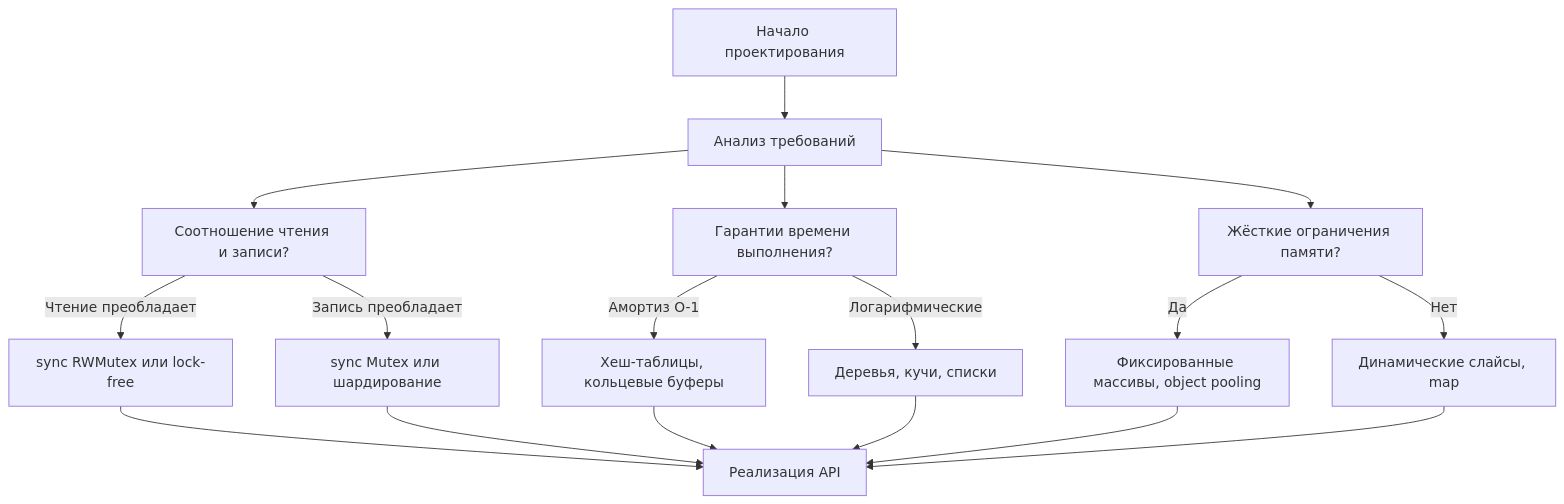
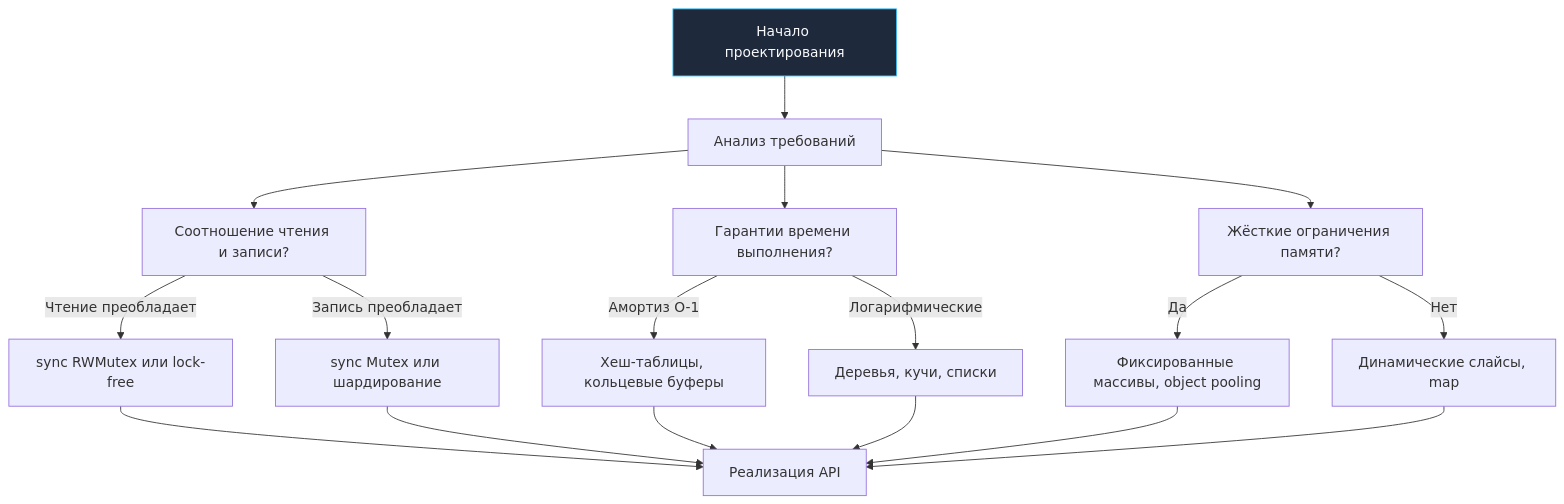
Before and after one commit to UnrealTemplier/go-textbook: the first of 2 diagrams in sources/21. Задачи с LeetCode и собеседований на Go/02. Задачи/26. Design задачи и структуры данных/1. Теория. Design задачи.md, drawn with Mermaid. The commit also changed other lines of this file and 1666 other files, not shown here.

First line of the commit message:
feat(mermaid): add semantic color classDef to 1369 colorless flowchart/graph diagrams

````diff
--- a/sources/21. Задачи с LeetCode и собеседований на Go/02. Задачи/26. Design задачи и структуры данных/1. Теория. Design задачи.md
+++ b/sources/21. Задачи с LeetCode и собеседований на Go/02. Задачи/26. Design задачи и структуры данных/1. Теория. Design задачи.md
@@ -5,19 +5,29 @@
 ```mermaid
 flowchart TD
-  A["Начало проектирования"] --> B["Анализ требований"]
+    classDef process  fill:#1e293b,stroke:#38bdf8,stroke-width:1px,color:#f8fafc
+    classDef success  fill:#064e3b,stroke:#34d399,stroke-width:1px,color:#f8fafc
+    classDef error    fill:#7f1d1d,stroke:#f87171,stroke-width:1px,color:#f8fafc
+    classDef warning  fill:#78350f,stroke:#fbbf24,stroke-width:1px,color:#f8fafc
+    classDef entry    fill:#1e3a5f,stroke:#38bdf8,stroke-width:2px,color:#f8fafc
+    classDef aux      fill:#334155,stroke:#64748b,stroke-width:1px,color:#f8fafc
+    classDef system   fill:#312e81,stroke:#a78bfa,stroke-width:1px,color:#f8fafc
+    classDef data     fill:#132d29,stroke:#2dd4bf,stroke-width:1px,color:#f8fafc
+    classDef network  fill:#881337,stroke:#fb7185,stroke-width:1px,color:#f8fafc
+    classDef accent   fill:#1e1b4b,stroke:#818cf8,stroke-width:1px,color:#f8fafc
+  A["Начало проектирования"]:::process --> B["Анализ требований"]
   B --> C["Соотношение чтения и записи?"]
   C -->|Чтение преобладает| D["sync RWMutex или lock-free"]
   C -->|Запись преобладает| E["sync Mutex или шардирование"]
   B --> F["Гарантии времени выполнения?"]
   F -->|Амортиз O-1| G["Хеш-таблицы, кольцевые буферы"]
   F -->|Логарифмические| H["Деревья, кучи, списки"]
   B --> I["Жёсткие ограничения памяти?"]
   I -->|Да| J["Фиксированные массивы, object pooling"]
   I -->|Нет| K["Динамические слайсы, map"]
   D --> L["Реализация API"]
   E --> L
   G --> L
   H --> L
   J --> L
   K --> L
 ```
````
